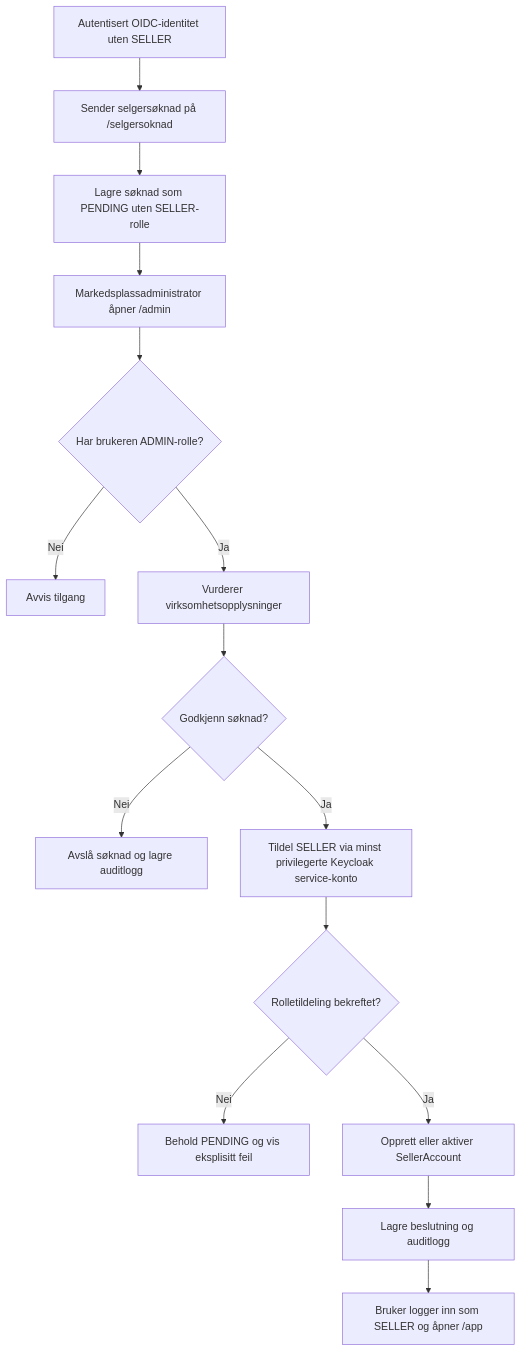
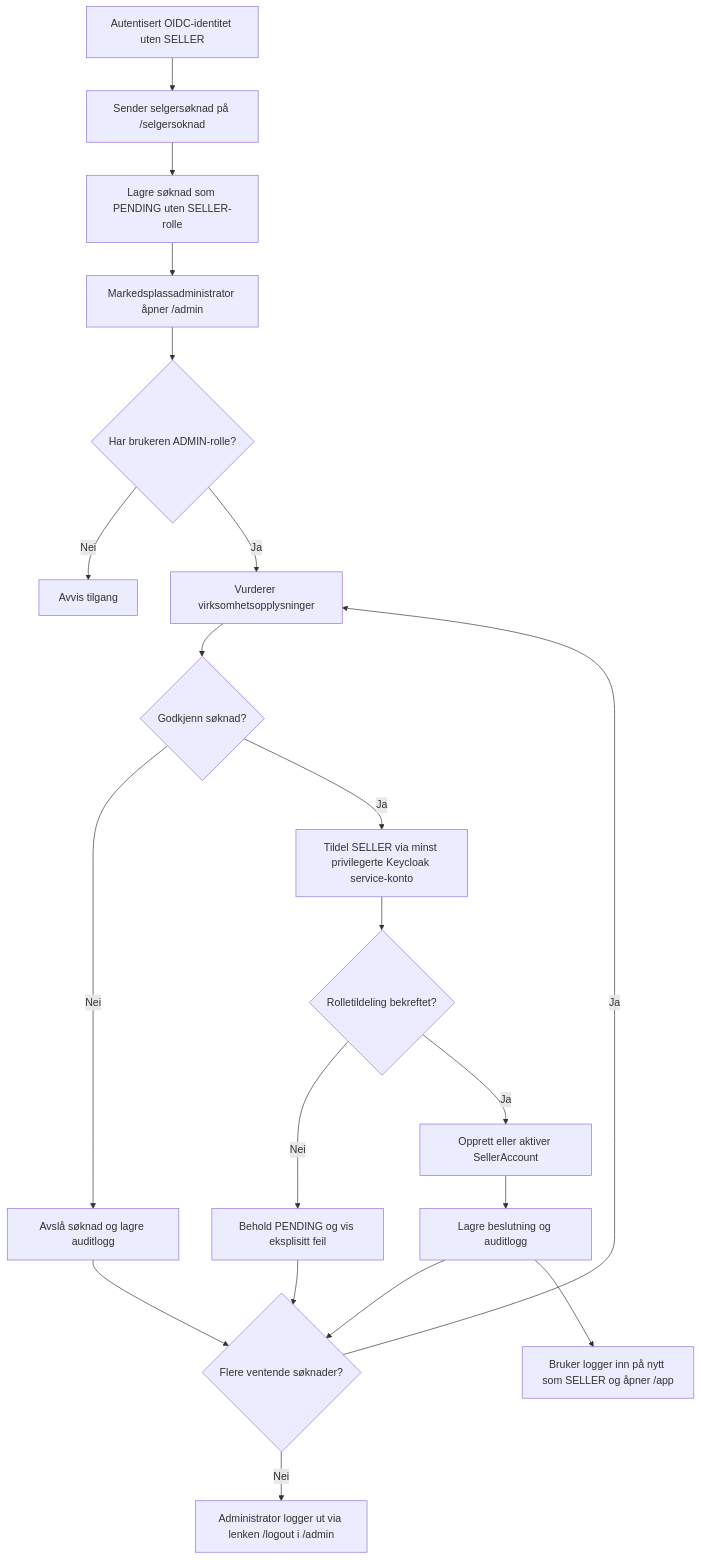
Before and after one commit to vardaasen/prosjekt: the diagram in docs/userflows/diagrams/07-admin-approves-seller-application.mmd, drawn with Mermaid. The commit also changed 1 other file, not shown here.

Commit message:
docs: legg til administratorutlogging i brukerflytdiagram 7
Diagrammet for godkjenning av selgersøknad sluttet etter lagret
beslutning, uten å vise at administratoren logger ut via /logout
(lenken finnes allerede i AdminWorkspaceView). Legger til en
"flere ventende søknader?"-løkke og en eksplisitt utloggingsnode,
og oppdaterer dekningstabellen til å nevne utlogging som implementert.

```diff
--- a/docs/userflows/diagrams/07-admin-approves-seller-application.mmd
+++ b/docs/userflows/diagrams/07-admin-approves-seller-application.mmd
@@ -1,15 +1,20 @@
 flowchart TD
     A[Autentisert OIDC-identitet uten SELLER] --> C[Sender selgersøknad på /selgersoknad]
     C --> D[Lagre søknad som PENDING uten SELLER-rolle]
     D --> E[Markedsplassadministrator åpner /admin]
     E --> F{Har brukeren ADMIN-rolle?}
     F -- Nei --> G[Avvis tilgang]
     F -- Ja --> H[Vurderer virksomhetsopplysninger]
     H --> I{Godkjenn søknad?}
     I -- Nei --> J[Avslå søknad og lagre auditlogg]
     I -- Ja --> K[Tildel SELLER via minst privilegerte Keycloak service-konto]
     K --> L{Rolletildeling bekreftet?}
     L -- Nei --> M[Behold PENDING og vis eksplisitt feil]
     L -- Ja --> N[Opprett eller aktiver SellerAccount]
     N --> O[Lagre beslutning og auditlogg]
-    O --> P[Bruker logger inn som SELLER og åpner /app]
+    J --> Q{Flere ventende søknader?}
+    O --> Q
+    M --> Q
+    Q -- Ja --> H
+    Q -- Nei --> R[Administrator logger ut via lenken /logout i /admin]
+    O --> P[Bruker logger inn på nytt som SELLER og åpner /app]
```
